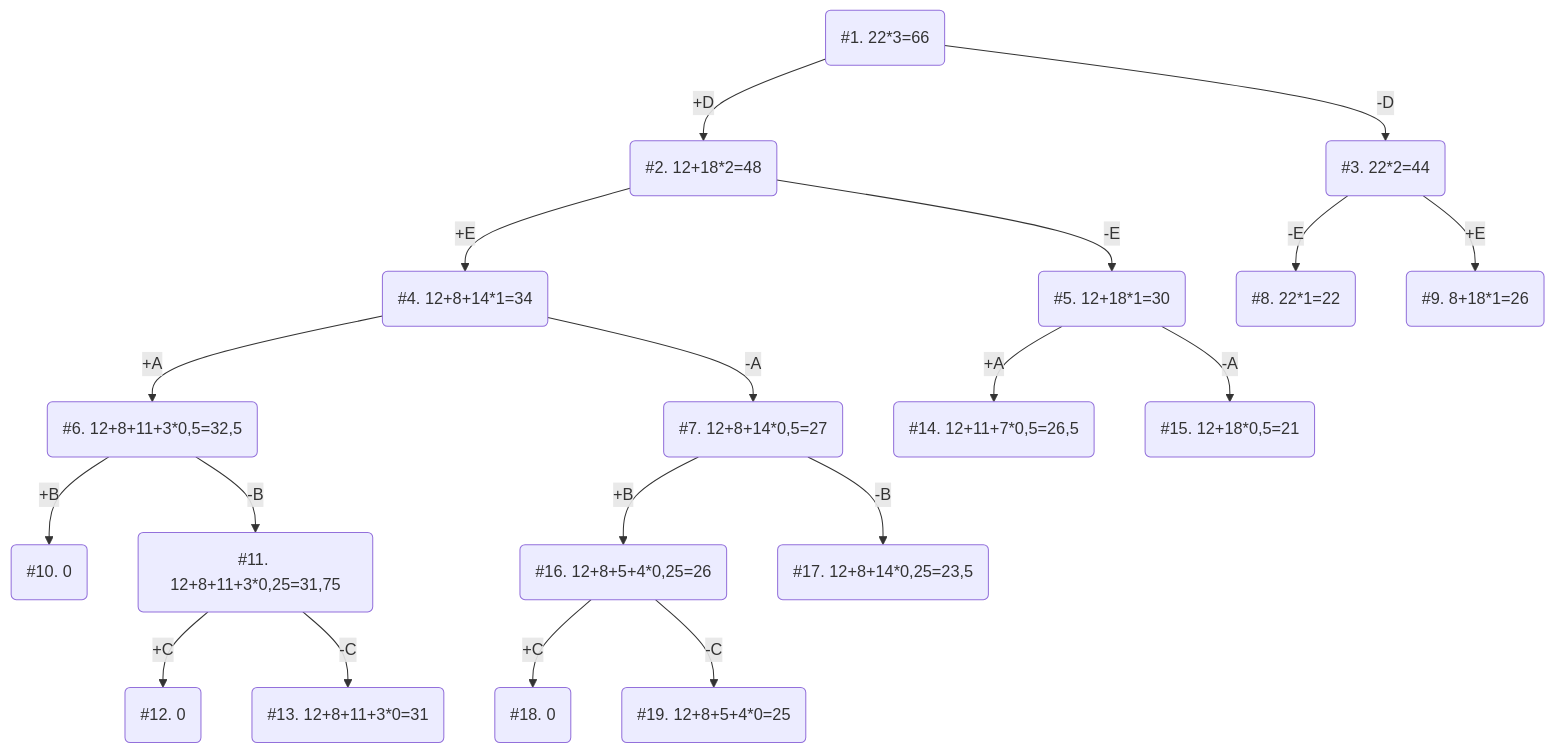
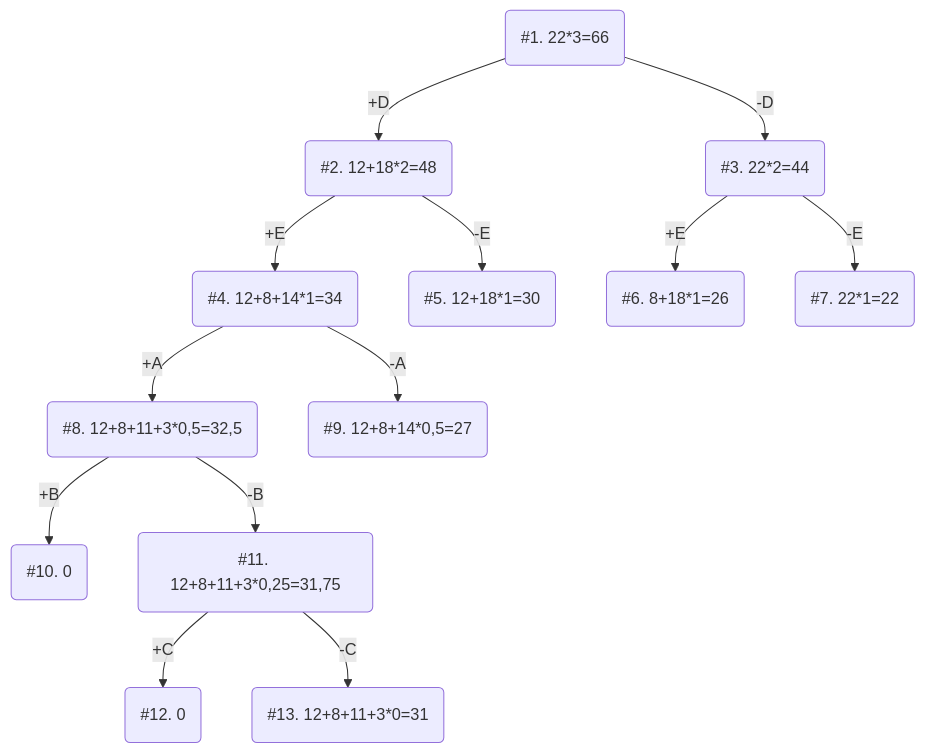
The diagram in task_19/girls_task_19.md (HSE-algo-23-crow/manual_tasks), drawn with Mermaid before and after one commit.

Commit message:
Решение 19 задания. Вариант №3. Исправлено.

````diff
--- a/task_19/girls_task_19.md
+++ b/task_19/girls_task_19.md
@@ -58,40 +67,27 @@
 ```mermaid
 graph TB
 
 1(#1. 22*3=66)-->|+D|2(#2. 12+18*2=48)
 
 1-->|-D|3(#3. 22*2=44)
 
 2-->|+E|4(#4. 12+8+14*1=34)
 
 2-->|-E|5(#5. 12+18*1=30)
 
-4-->|+A|6(#6. 12+8+11+3*0,5=32,5)
+3-->|-E|7(#7. 22*1=22)
 
-4-->|-A|7(#7. 12+8+14*0,5=27)
+3-->|+E|6(#6. 8+18*1=26)
 
-3-->|-E|8(#8. 22*1=22)
+4-->|+A|8(#8. 12+8+11+3*0,5=32,5)
 
-3-->|+E|9(#9. 8+18*1=26)
+4-->|-A|9(#9. 12+8+14*0,5=27)
 
-6-->|+B|10(#10. 0)
+8-->|+B|10(#10. 0)
 
-6-->|-B|11(#11. 12+8+11+3*0,25=31,75)
+8-->|-B|11(#11. 12+8+11+3*0,25=31,75)
 
 11-->|+C|12(#12. 0)
 
 11-->|-C|13(#13. 12+8+11+3*0=31)
-
-5-->|+A|14(#14. 12+11+7*0,5=26,5)
-
-5-->|-A|15(#15. 12+18*0,5=21)
-
-7-->|+B|16(#16. 12+8+5+4*0,25=26)
-
-7-->|-B|17(#17. 12+8+14*0,25=23,5)
-
-16-->|+C|18(#18. 0)
-
-16-->|-C|19(#19. 12+8+5+4*0=25)
-
 ```
````
